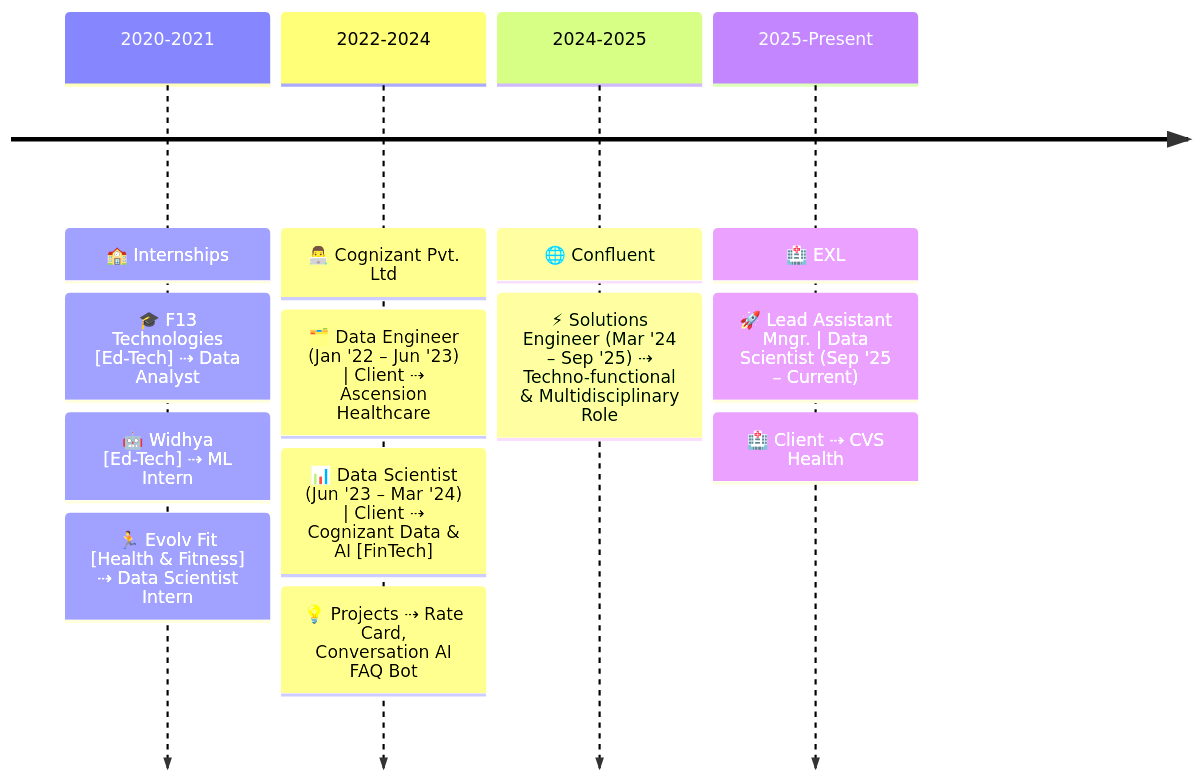
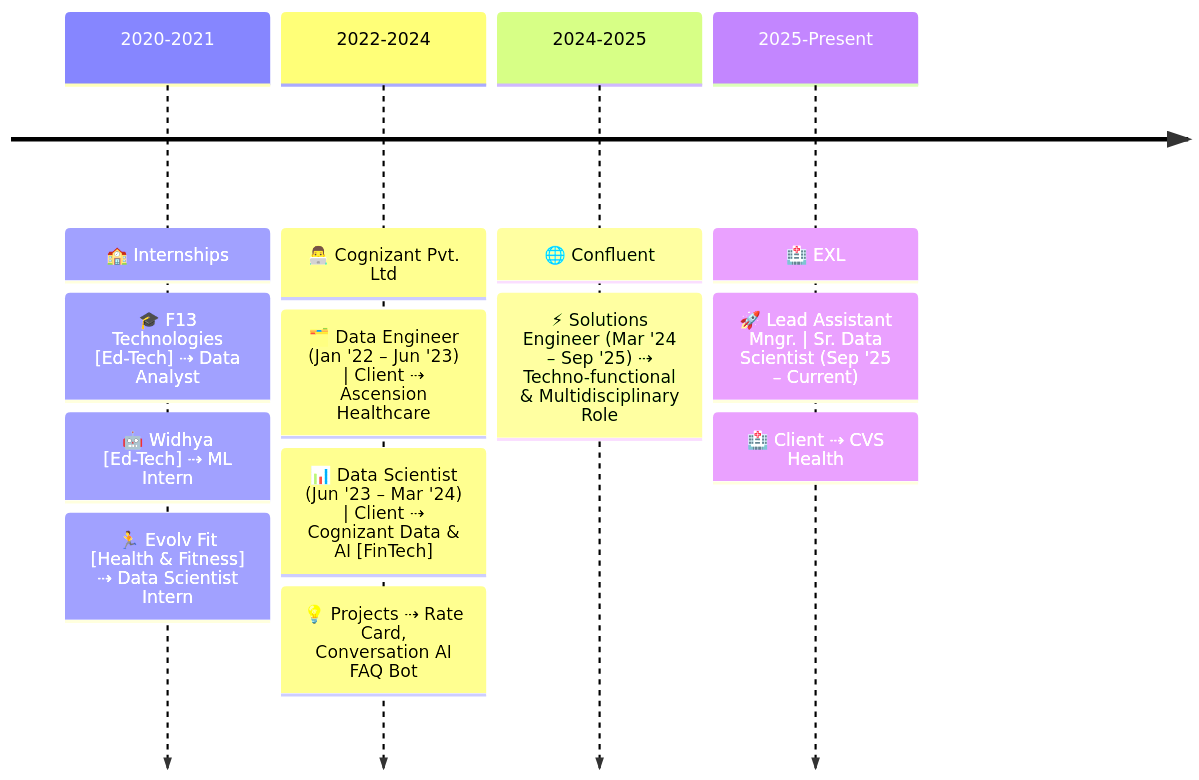
Before and after one commit to KunalAnand2907/KunalAnand2907: the diagram in README.md, drawn with Mermaid.

````diff
--- a/README.md
+++ b/README.md
@@ -223,20 +223,20 @@
 ```mermaid
 timeline
 
     2020-2021 : 🏫 Internships
         : 🎓 F13 Technologies [Ed-Tech] ⇢ Data Analyst
         : 🤖 Widhya [Ed-Tech] ⇢ ML Intern
         : 🏃 Evolv Fit [Health & Fitness] ⇢ Data Scientist Intern
 
     2022-2024 : 👨‍💻 Cognizant Pvt. Ltd
         : 🗂️ Data Engineer (Jan '22 – Jun '23) | Client ⇢ Ascension Healthcare
         : 📊 Data Scientist (Jun '23 – Mar '24) | Client ⇢ Cognizant Data & AI [FinTech]
         : 💡 Projects ⇢ Rate Card, Conversation AI FAQ Bot
 
     2024-2025 : 🌐 Confluent
         : ⚡ Solutions Engineer (Mar '24 – Sep '25) ⇢ Techno-functional & Multidisciplinary Role
 
     2025-Present : 🏥 EXL
-        : 🚀 Lead Assistant Mngr. | Data Scientist (Sep '25 – Current)
+        : 🚀 Lead Assistant Mngr. | Sr. Data Scientist (Sep '25 – Current)
         : 🏥 Client ⇢ CVS Health
  ```
````
